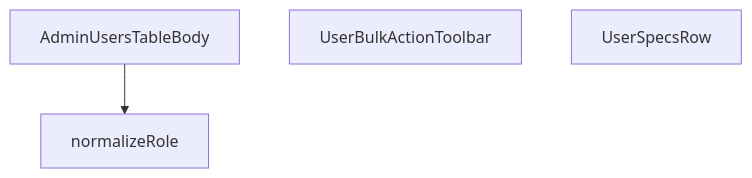
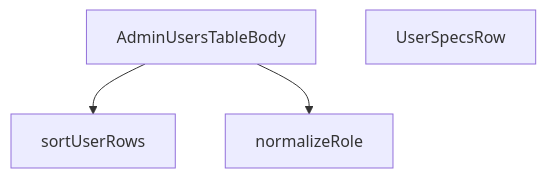
Before and after one commit to peckop/venthub-hvac-esite: the diagram in src/views/admin/AdminUsersTableBody.md, drawn with Mermaid. The commit also changed other lines of this file and 2 other files, not shown here.

First line of the commit message:
feat(admin): musteri e-postasi gorunur oldu — admin_list_all_users GRANT + eksiklik dedektoru (T059-VH)

````diff
--- a/src/views/admin/AdminUsersTableBody.md
+++ b/src/views/admin/AdminUsersTableBody.md
@@ -488,8 +280,9 @@
 ```mermaid
 graph TD
     AdminUsersTableBody_tsx__AdminUsersTableBody["AdminUsersTableBody"]
-    AdminUsersTableBody_tsx__UserBulkActionToolbar["UserBulkActionToolbar"]
     AdminUsersTableBody_tsx__UserSpecsRow["UserSpecsRow"]
     AdminUsersTableBody_tsx__normalizeRole["normalizeRole"]
+    AdminUsersTableBody_tsx__sortUserRows["sortUserRows"]
+    AdminUsersTableBody_tsx__AdminUsersTableBody --> AdminUsersTableBody_tsx__sortUserRows
     AdminUsersTableBody_tsx__AdminUsersTableBody --> AdminUsersTableBody_tsx__normalizeRole
 ```
````
